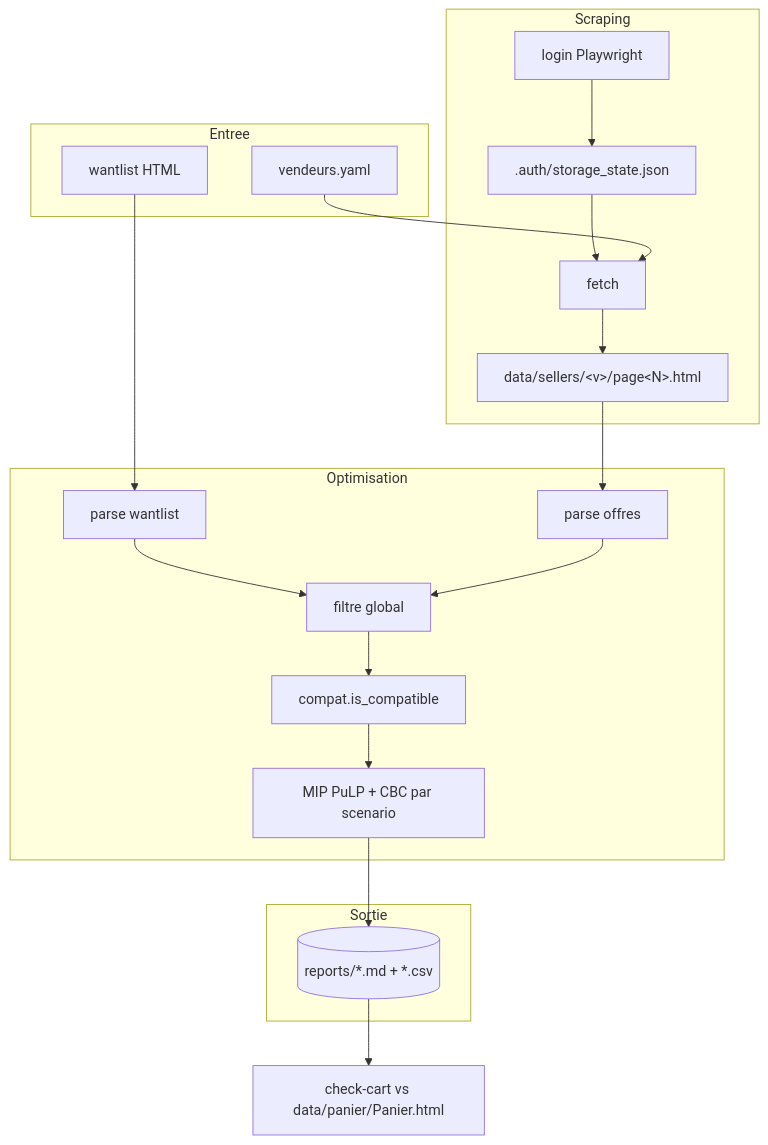
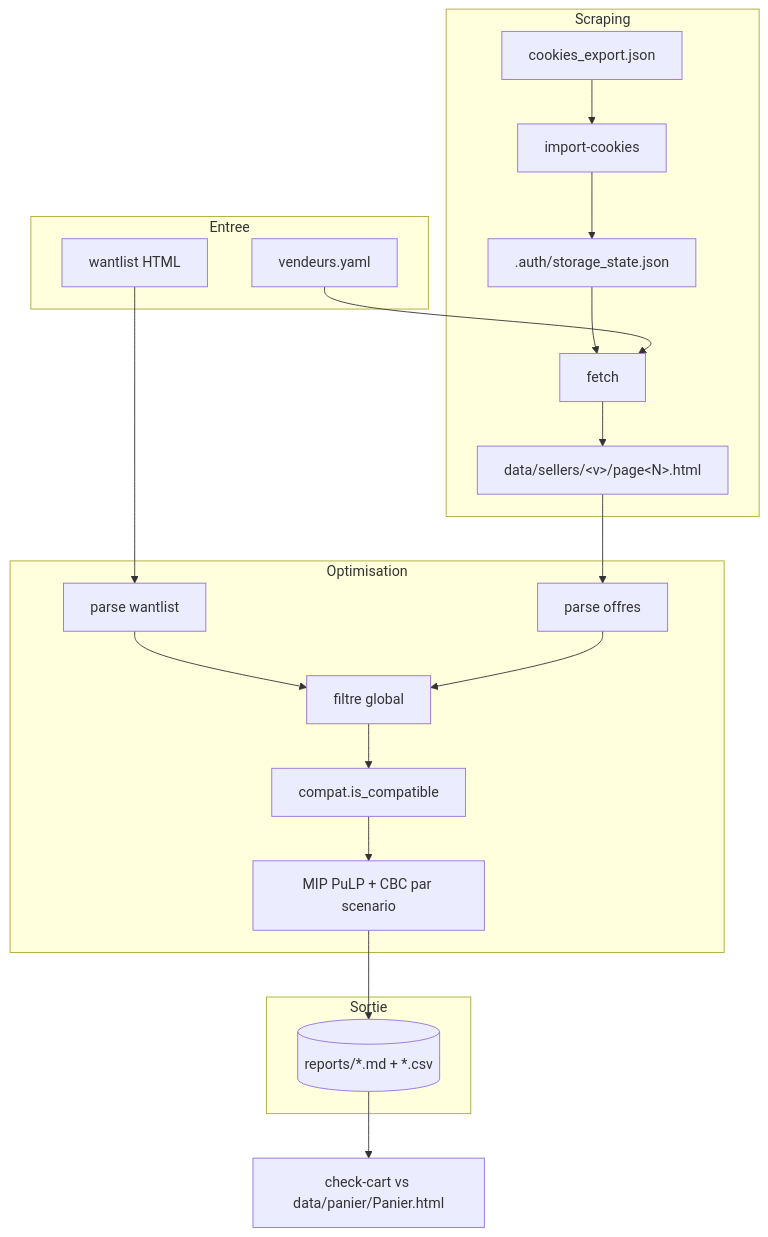
One commit to floSa/Cardmarket-Wantlist-Optimizer changed the diagram in docs/ARCHITECTURE.md. Above: the diagram before and after it, drawn with Mermaid. The commit also changed other lines of this file and 23 other files, not shown here.

````diff
--- a/docs/ARCHITECTURE.md
+++ b/docs/ARCHITECTURE.md
@@ -83,26 +86,27 @@
 ```mermaid
 flowchart TD
   subgraph Entree
     wl[wantlist HTML]
     sy[vendeurs.yaml]
   end
   subgraph Scraping
-    login[login Playwright] --> sess[.auth/storage_state.json]
+    ck[cookies_export.json] --> imp[import-cookies]
+    imp --> sess[.auth/storage_state.json]
     fetch[fetch] --> html[data/sellers/&lt;v&gt;/page&lt;N&gt;.html]
     sess --> fetch
     sy --> fetch
   end
   subgraph Optimisation
     pw[parse wantlist] --> flt[filtre global]
     po[parse offres] --> flt
     flt --> cmp[compat.is_compatible]
     cmp --> mip[MIP PuLP + CBC par scenario]
   end
   subgraph Sortie
     rep[(reports/*.md + *.csv)]
   end
   wl --> pw
   html --> po
   mip --> rep
   rep --> cc[check-cart vs data/panier/Panier.html]
 ```
````
